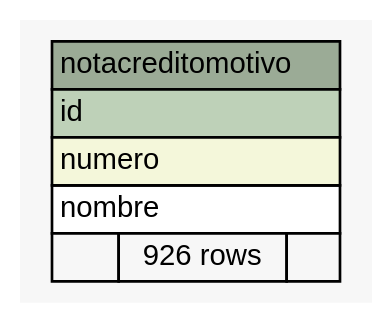
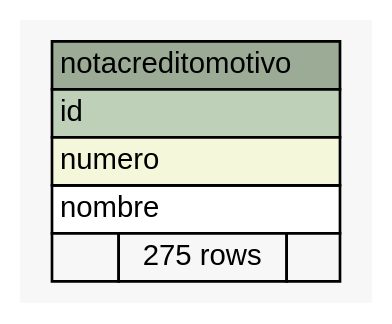
One commit to diegopablomansilla/massoftware_front changed the diagram in postgresql/schemaSpy/salida/diagrams/summary/notacreditomotivo.1degree.dot. Above: the diagram before and after it, drawn with Graphviz. The commit also changed 298 other files, not shown here.

```diff
--- a/postgresql/schemaSpy/salida/diagrams/summary/notacreditomotivo.1degree.dot
+++ b/postgresql/schemaSpy/salida/diagrams/summary/notacreditomotivo.1degree.dot
@@ -1,32 +1,32 @@
 // dot 2.2.1 on Windows 10 10.0
 // SchemaSpy rev 590
 digraph "notacreditomotivo" {
   graph [
     rankdir="RL"
     bgcolor="#f7f7f7"
     nodesep="0.18"
     ranksep="0.46"
     fontname="Helvetica"
     fontsize="11"
   ];
   node [
     fontname="Helvetica"
     fontsize="11"
     shape="plaintext"
   ];
   edge [
     arrowsize="0.8"
   ];
   "notacreditomotivo" [
     label=<
     <TABLE BORDER="0" CELLBORDER="1" CELLSPACING="0" BGCOLOR="#ffffff">
       <TR><TD COLSPAN="3" BGCOLOR="#9bab96" ALIGN="CENTER">notacreditomotivo</TD></TR>
       <TR><TD PORT="id" COLSPAN="3" BGCOLOR="#bed1b8" ALIGN="LEFT">id</TD></TR>
       <TR><TD PORT="numero" COLSPAN="3" BGCOLOR="#f4f7da" ALIGN="LEFT">numero</TD></TR>
       <TR><TD PORT="nombre" COLSPAN="3" ALIGN="LEFT">nombre</TD></TR>
-      <TR><TD ALIGN="LEFT" BGCOLOR="#f7f7f7">  </TD><TD ALIGN="RIGHT" BGCOLOR="#f7f7f7">926 rows</TD><TD ALIGN="RIGHT" BGCOLOR="#f7f7f7">  </TD></TR>
+      <TR><TD ALIGN="LEFT" BGCOLOR="#f7f7f7">  </TD><TD ALIGN="RIGHT" BGCOLOR="#f7f7f7">275 rows</TD><TD ALIGN="RIGHT" BGCOLOR="#f7f7f7">  </TD></TR>
     </TABLE>>
     URL="tables/notacreditomotivo.html"
     tooltip="notacreditomotivo"
   ];
 }
```
